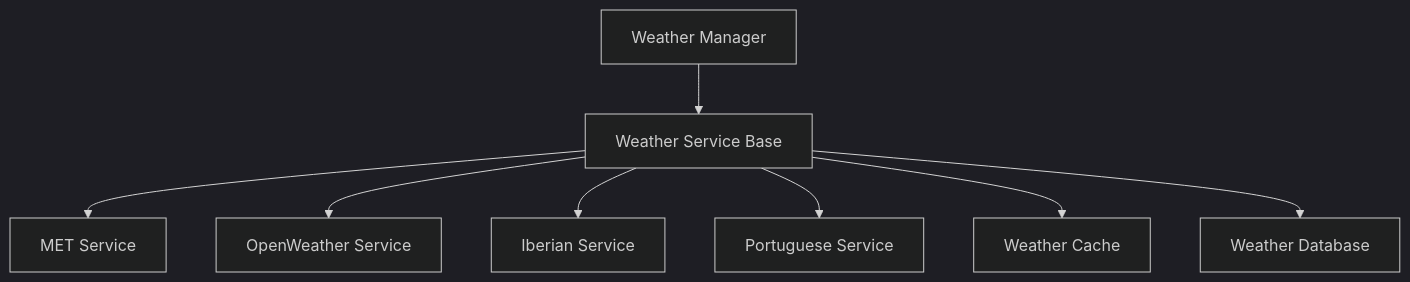
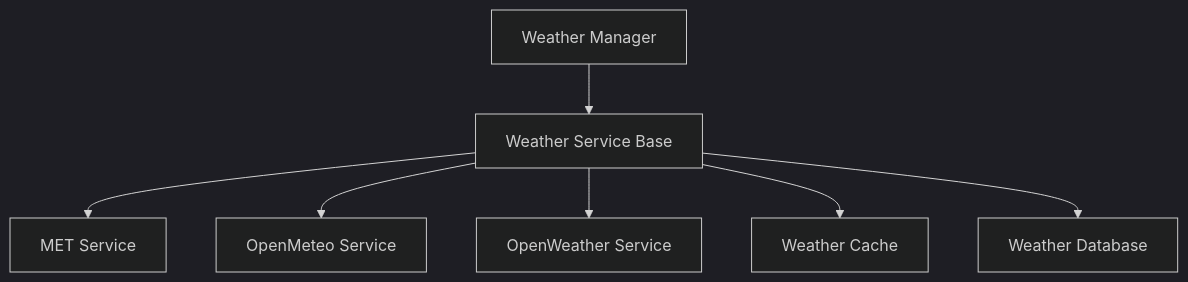
Before and after one commit to nasula/golfcal2: the diagram in docs/services/weather/README.md, drawn with Mermaid (dark theme). The commit also changed other lines of this file and 23 other files, not shown here.

````diff
--- a/docs/services/weather/README.md
+++ b/docs/services/weather/README.md
@@ -9,10 +9,9 @@
 ```mermaid
 graph TD
     WM[Weather Manager] --> WS[Weather Service Base]
     WS --> MET[MET Service]
+    WS --> OM[OpenMeteo Service]
     WS --> OW[OpenWeather Service]
-    WS --> IB[Iberian Service]
-    WS --> PT[Portuguese Service]
     WS --> Cache[Weather Cache]
     WS --> DB[Weather Database]
 ```
````
